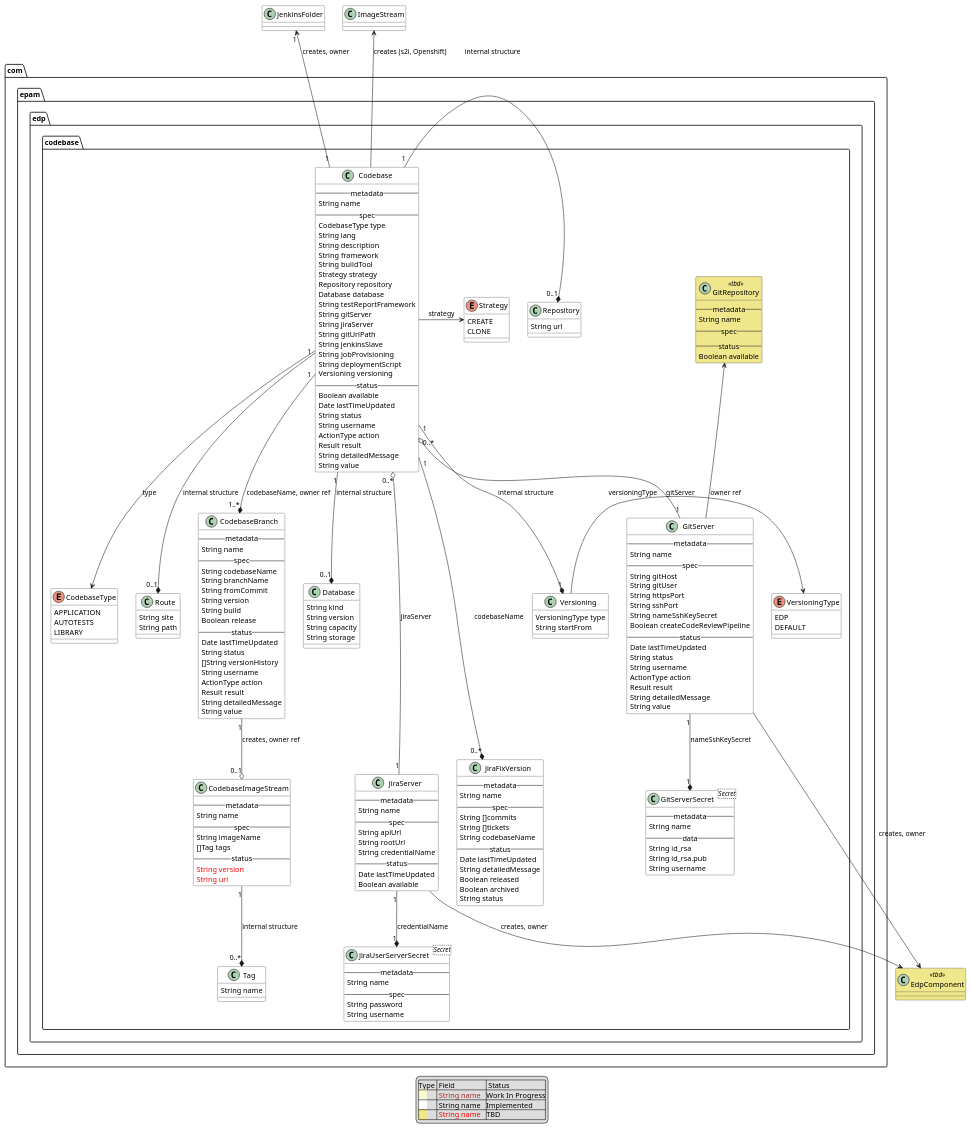
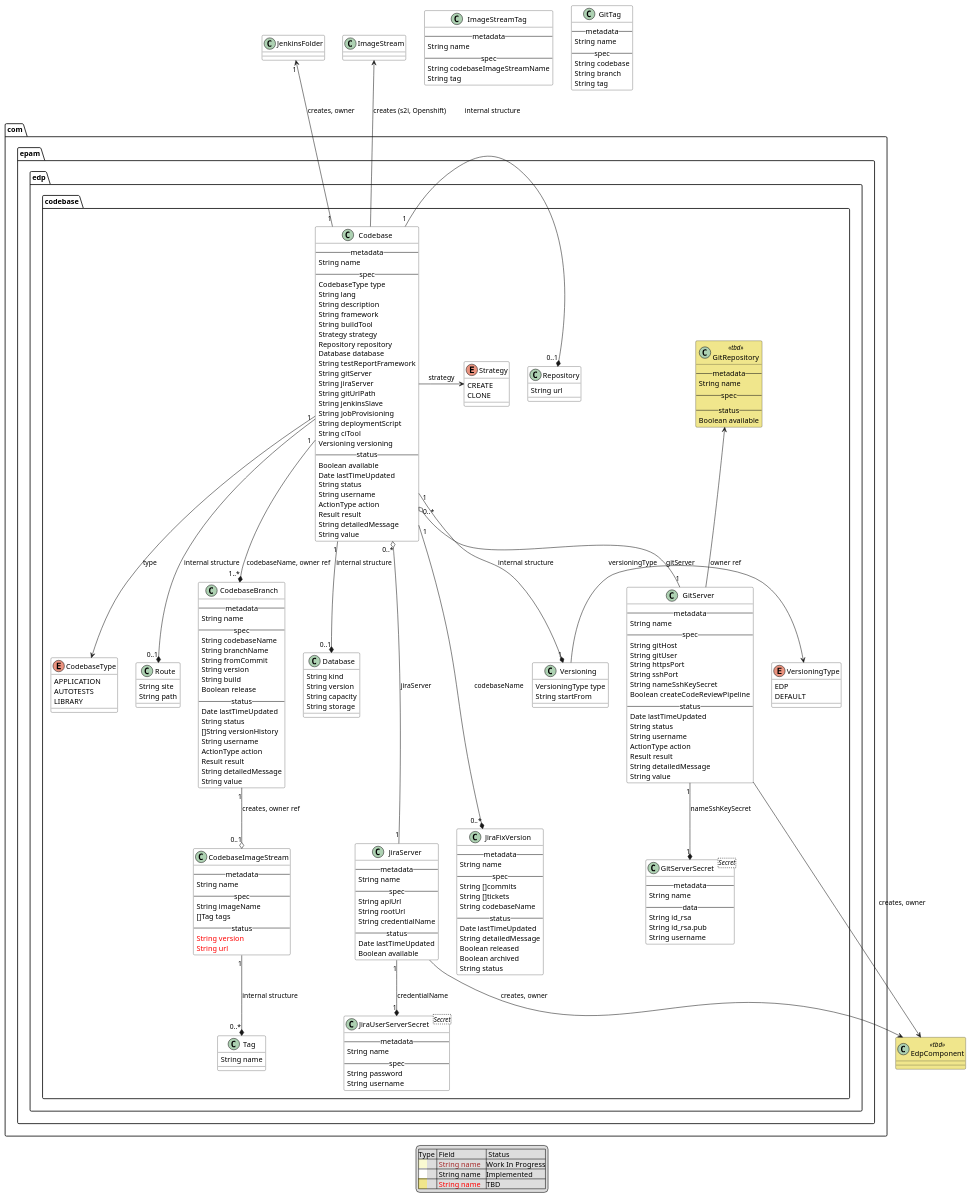
Before and after one commit to epam/edp-codebase-operator: the diagram in documentation/puml/arch.puml, drawn with PlantUML. The commit also changed 4 other files, not shown here.

Commit message:
[EPMDEDP-5559]: Add new API to arch diagram; Update doc

```diff
--- a/documentation/puml/arch.puml
+++ b/documentation/puml/arch.puml
@@ -27,6 +27,7 @@
         String jenkinsSlave
         String jobProvisioning
         String deploymentScript
+        String ciTool
         Versioning versioning
     -- status --
         Boolean available
@@ -201,6 +202,22 @@
   }
 }
 
+class ImageStreamTag {
+    -- metadata --
+    String name
+    -- spec --
+    String codebaseImageStreamName
+    String tag
+}
+
+class GitTag {
+    -- metadata --
+    String name
+    -- spec --
+    String codebase
+    String branch
+    String tag
+}
 class EdpComponent <<tbd>> {
 }
 
```
